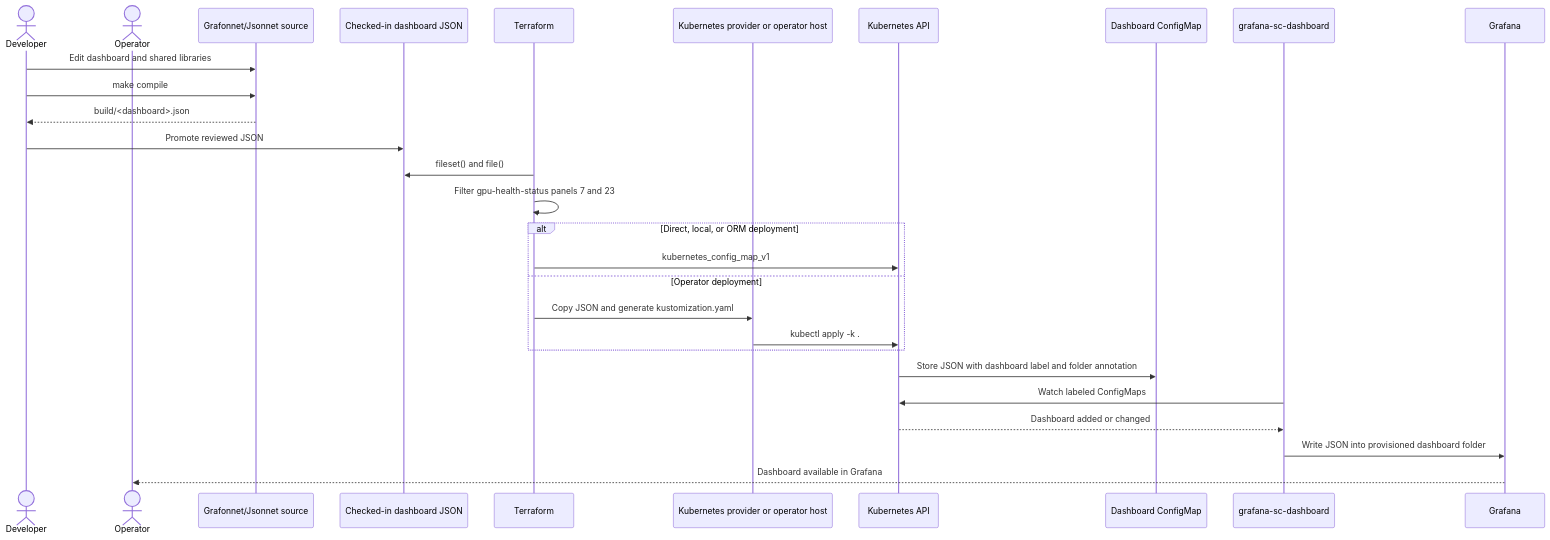
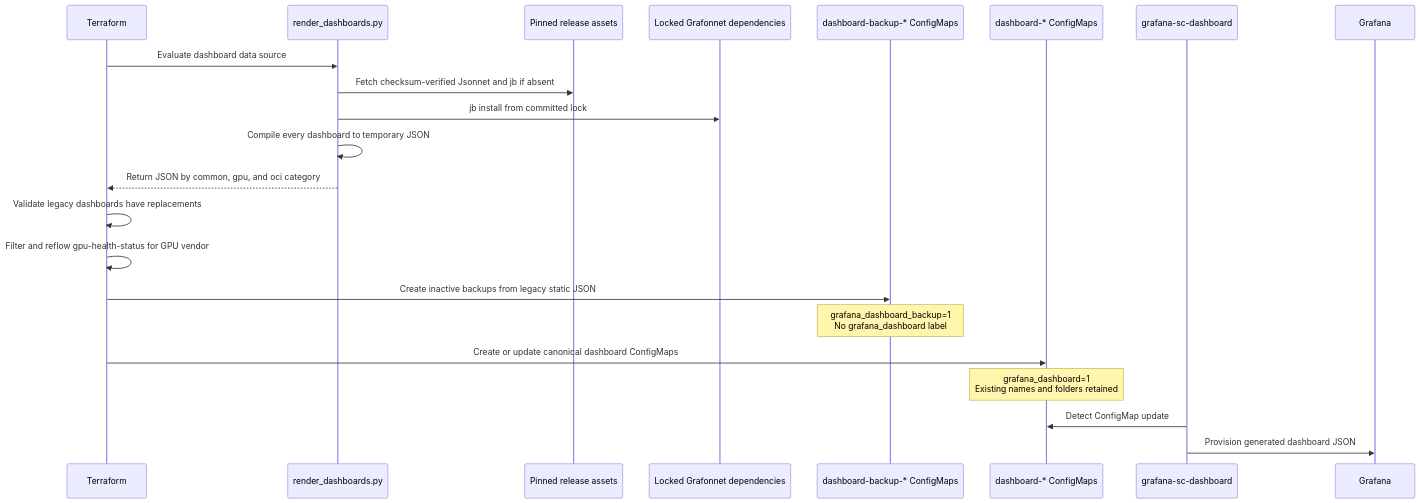
The diagram in docs/grafonnet-dashboards.md (oracle-quickstart/oci-hpc-oke), drawn with Mermaid before and after one commit. The commit also changed other lines of this file and 41 other files, not shown here.

Commit message:
Compile Grafonnet dashboards during deployment

````diff
--- a/docs/grafonnet-dashboards.md
+++ b/docs/grafonnet-dashboards.md
@@ -26,31 +14,25 @@
 ```mermaid
 sequenceDiagram
-    actor Developer
-    actor Operator
-    participant Jsonnet as Grafonnet/Jsonnet source
-    participant Static as Checked-in dashboard JSON
     participant Terraform
-    participant Apply as Kubernetes provider or operator host
-    participant API as Kubernetes API
-    participant CM as Dashboard ConfigMap
+    participant Renderer as render_dashboards.py
+    participant GitHub as Pinned release assets
+    participant Grafonnet as Locked Grafonnet dependencies
+    participant Backup as dashboard-backup-* ConfigMaps
+    participant Active as dashboard-* ConfigMaps
     participant Sidecar as grafana-sc-dashboard
     participant Grafana
 
-    Developer->>Jsonnet: Edit dashboard and shared libraries
-    Developer->>Jsonnet: make compile
-    Jsonnet-->>Developer: build/<dashboard>.json
-    Developer->>Static: Promote reviewed JSON
-    Terraform->>Static: fileset() and file()
-    Terraform->>Terraform: Filter gpu-health-status panels 7 and 23
-    alt Direct, local, or ORM deployment
-        Terraform->>API: kubernetes_config_map_v1
-    else Operator deployment
-        Terraform->>Apply: Copy JSON and generate kustomization.yaml
-        Apply->>API: kubectl apply -k .
-    end
-    API->>CM: Store JSON with dashboard label and folder annotation
-    Sidecar->>API: Watch labeled ConfigMaps
-    API-->>Sidecar: Dashboard added or changed
-    Sidecar->>Grafana: Write JSON into provisioned dashboard folder
-    Grafana-->>Operator: Dashboard available in Grafana
+    Terraform->>Renderer: Evaluate dashboard data source
+    Renderer->>GitHub: Fetch checksum-verified Jsonnet and jb if absent
+    Renderer->>Grafonnet: jb install from committed lock
+    Renderer->>Renderer: Compile every dashboard to temporary JSON
+    Renderer-->>Terraform: Return JSON by common, gpu, and oci category
+    Terraform->>Terraform: Validate legacy dashboards have replacements
+    Terraform->>Terraform: Filter and reflow gpu-health-status for GPU vendor
+    Terraform->>Backup: Create inactive backups from legacy static JSON
+    Note over Backup: grafana_dashboard_backup=1<br/>No grafana_dashboard label
+    Terraform->>Active: Create or update canonical dashboard ConfigMaps
+    Note over Active: grafana_dashboard=1<br/>Existing names and folders retained
+    Sidecar->>Active: Detect ConfigMap update
+    Sidecar->>Grafana: Provision generated dashboard JSON
 ```
````
